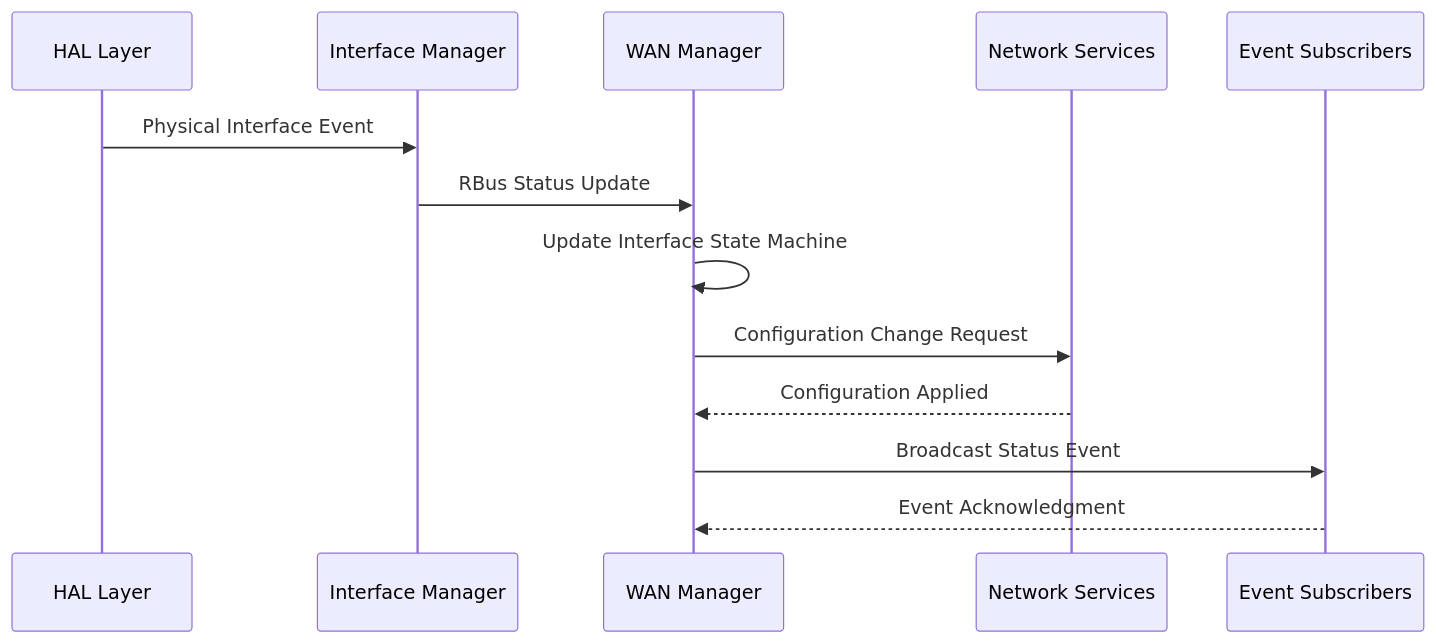
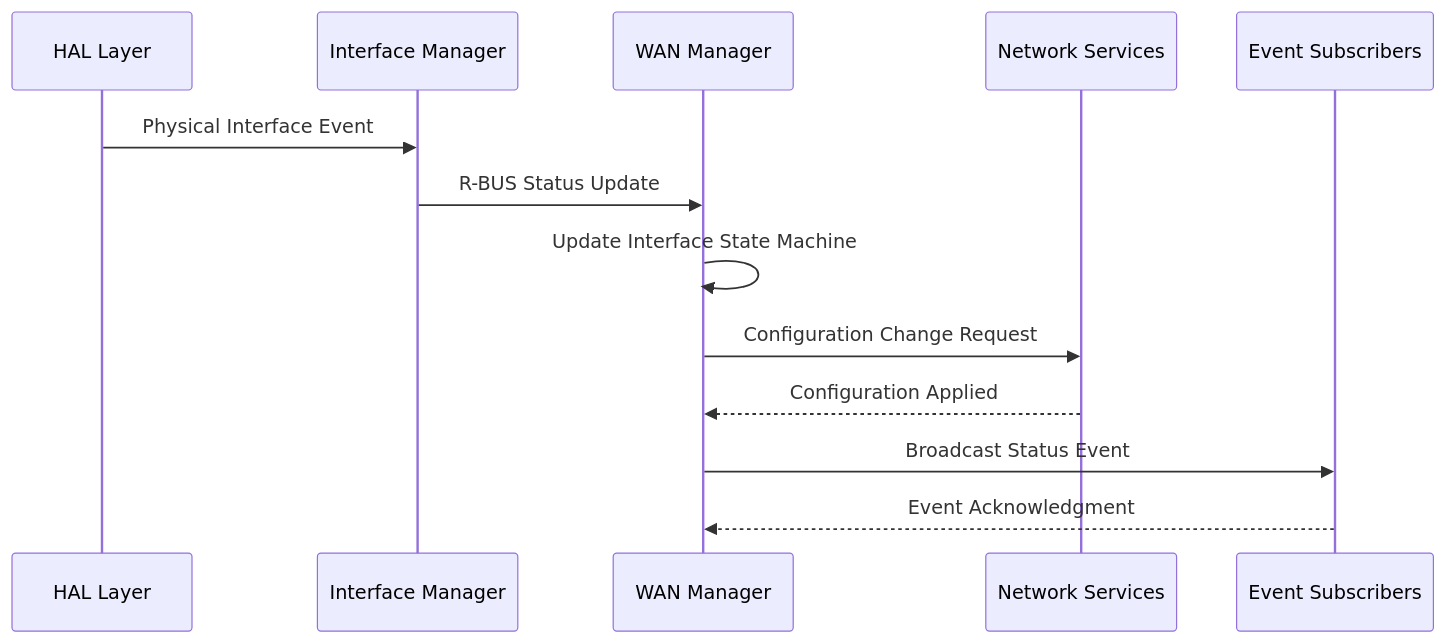
One commit to rdkcentral/wan-manager changed the seventh of 7 diagrams in docs/README.md. Above: the diagram before and after it, drawn with Mermaid. The commit also changed other lines of this file, not shown here.

````diff
--- a/docs/README.md
+++ b/docs/README.md
@@ -503,16 +498,16 @@
 ```mermaid
 sequenceDiagram
     participant HAL as HAL Layer
     participant InterfaceMgr as Interface Manager
     participant WM as WAN Manager
     participant NetworkServices as Network Services
     participant Subscribers as Event Subscribers
 
     HAL->>InterfaceMgr: Physical Interface Event
-    InterfaceMgr->>WM: RBus Status Update
+    InterfaceMgr->>WM: R-BUS Status Update
     WM->>WM: Update Interface State Machine
     WM->>NetworkServices: Configuration Change Request
     NetworkServices-->>WM: Configuration Applied
     WM->>Subscribers: Broadcast Status Event
     Subscribers-->>WM: Event Acknowledgment
 ```
````
